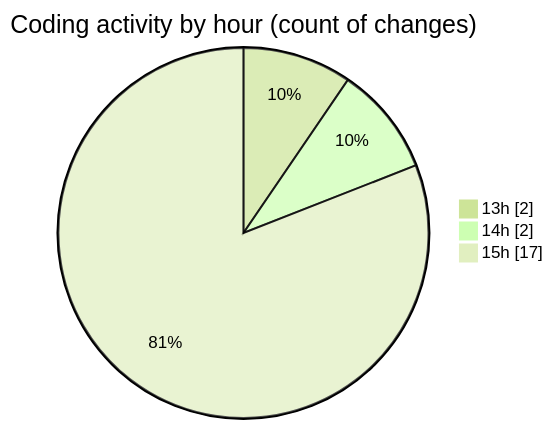
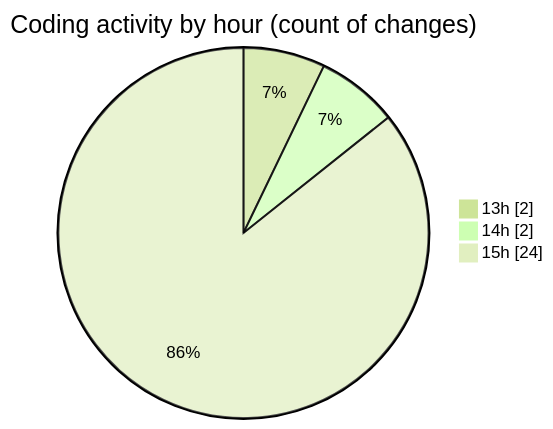
The second of 2 diagrams in 2025-06-17/nxtqube_webapp/README.md (nxtqubesakshisongat/code-tracking), drawn with Mermaid (forest theme) before and after one commit. The commit also changed other lines of this file and 1 other file, not shown here.

````diff
--- a/2025-06-17/nxtqube_webapp/README.md
+++ b/2025-06-17/nxtqube_webapp/README.md
@@ -28,7 +28,7 @@
 ```mermaid
 pie showData
 title Coding activity by hour (count of changes)
 "13h" : 2
 "14h" : 2
-"15h" : 17
+"15h" : 24
 ```
````
